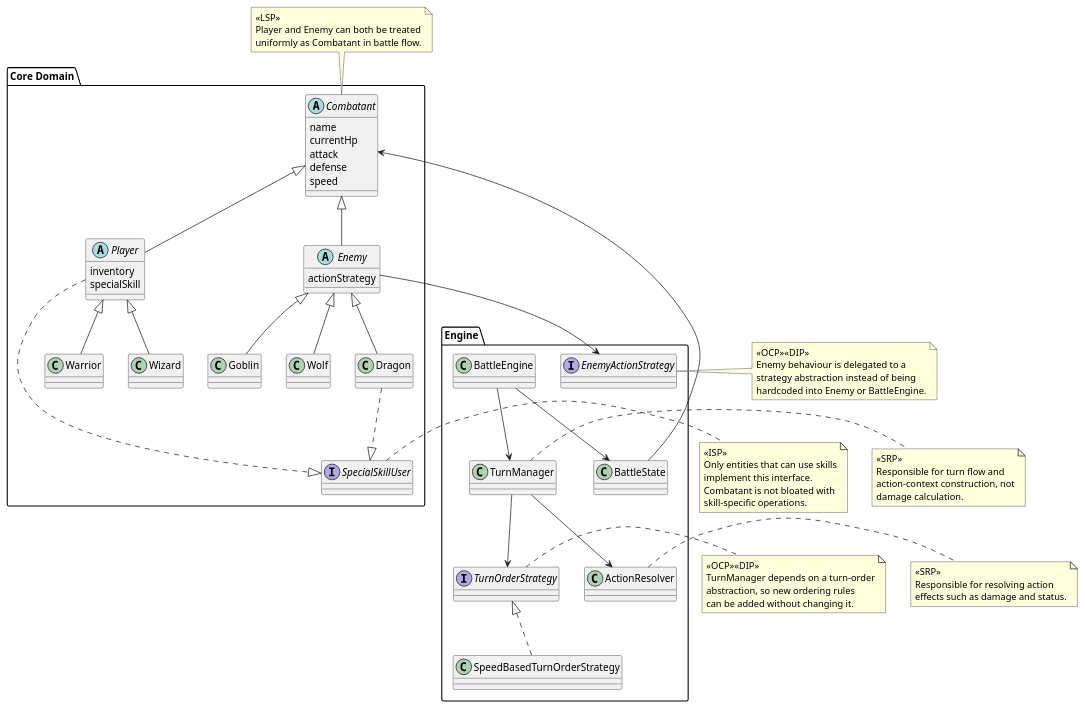
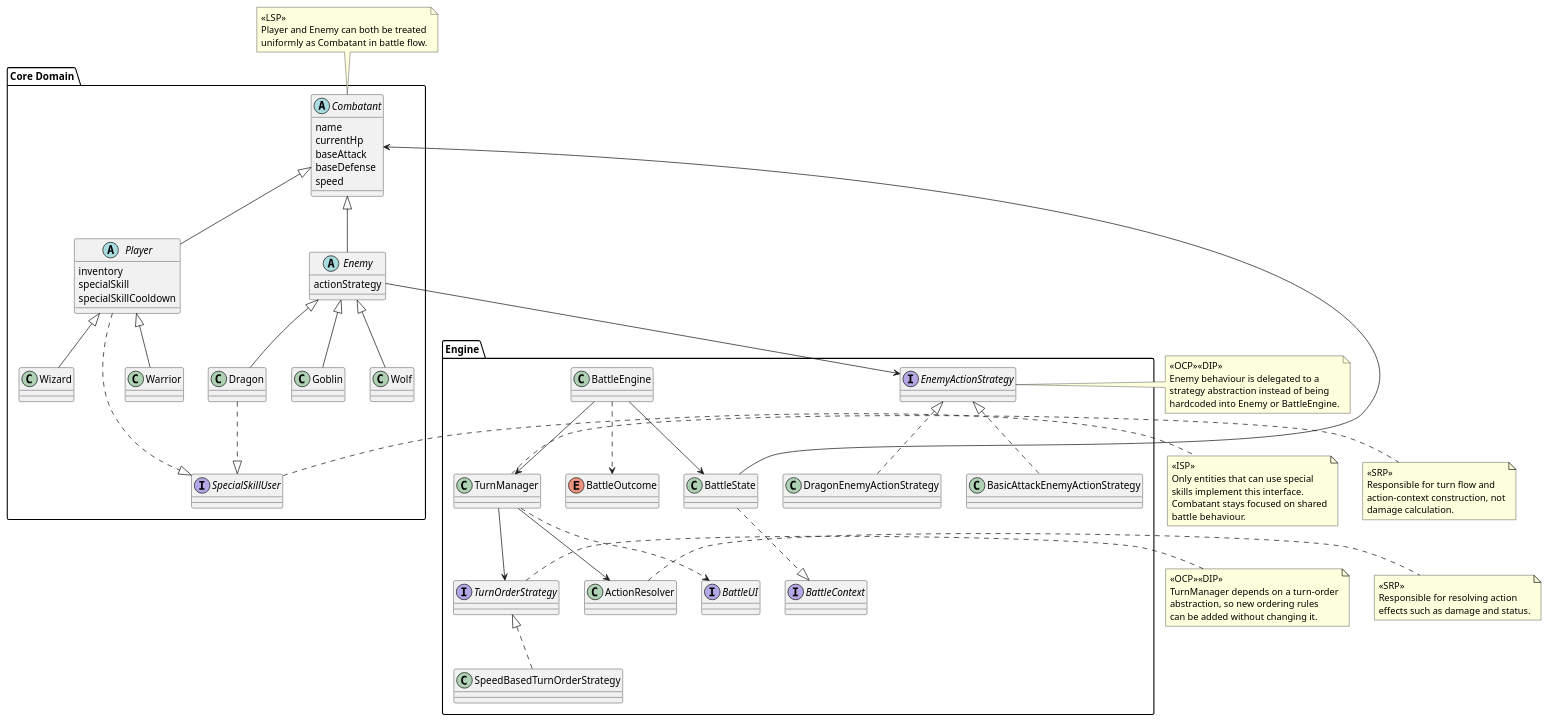
Before and after one commit to AidenWangYQ/sc2002grpproject: the diagram in docs/uml/class-diagram-core-architecture.puml, drawn with PlantUML. The commit also changed 10 other files, not shown here.

Commit message:
docs: Updated class & sequence diagrams, with exports

```diff
--- a/docs/uml/class-diagram-core-architecture.puml
+++ b/docs/uml/class-diagram-core-architecture.puml
@@ -1,110 +1,125 @@
-@startuml Class Diagram - Core Architecture
+@startuml CoreArchitecture
 skinparam classAttributeIconSize 0
 
 package "Core Domain" {
 
 abstract class Combatant {
     name
     currentHp
-    attack
-    defense
+    baseAttack
+    baseDefense
     speed
 }
 
 abstract class Player {
     inventory
     specialSkill
+    specialSkillCooldown
 }
 
 abstract class Enemy {
     actionStrategy
 }
 
 class Warrior
 class Wizard
 class Goblin
 class Wolf
 class Dragon
 
 interface SpecialSkillUser
 
 }
 
 package "Engine" {
 
 class BattleEngine
 class TurnManager
 class ActionResolver
 class BattleState
+enum BattleOutcome
 
 interface TurnOrderStrategy
 class SpeedBasedTurnOrderStrategy
 
 interface EnemyActionStrategy
+class BasicAttackEnemyActionStrategy
+class DragonEnemyActionStrategy
+
+interface BattleContext
+interface BattleUI
 
 }
 
 Combatant <|-- Player
 Combatant <|-- Enemy
 
 Player <|-- Warrior
 Player <|-- Wizard
 
 Enemy <|-- Goblin
 Enemy <|-- Wolf
 Enemy <|-- Dragon
 
 Player ..|> SpecialSkillUser
 Dragon ..|> SpecialSkillUser
 
+BattleState ..|> BattleContext
+
 TurnOrderStrategy <|.. SpeedBasedTurnOrderStrategy
+EnemyActionStrategy <|.. BasicAttackEnemyActionStrategy
+EnemyActionStrategy <|.. DragonEnemyActionStrategy
 
 BattleEngine --> TurnManager
 BattleEngine --> BattleState
+BattleEngine ..> BattleOutcome
+
 TurnManager --> TurnOrderStrategy
 TurnManager --> ActionResolver
+TurnManager ..> BattleUI
+
 Enemy --> EnemyActionStrategy
 BattleState --> Combatant
 
 note top of Combatant
 <<LSP>>
 Player and Enemy can both be treated
 uniformly as Combatant in battle flow.
 end note
 
 note right of SpecialSkillUser
 <<ISP>>
-Only entities that can use skills
-implement this interface.
-Combatant is not bloated with
-skill-specific operations.
+Only entities that can use special
+skills implement this interface.
+Combatant stays focused on shared
+battle behaviour.
 end note
 
 note right of TurnOrderStrategy
 <<OCP>><<DIP>>
 TurnManager depends on a turn-order
 abstraction, so new ordering rules
 can be added without changing it.
 end note
 
 note right of EnemyActionStrategy
 <<OCP>><<DIP>>
 Enemy behaviour is delegated to a
 strategy abstraction instead of being
 hardcoded into Enemy or BattleEngine.
 end note
 
 note right of TurnManager
 <<SRP>>
 Responsible for turn flow and
 action-context construction, not
 damage calculation.
 end note
 
 note right of ActionResolver
 <<SRP>>
 Responsible for resolving action
 effects such as damage and status.
 end note
 
 @enduml
```
